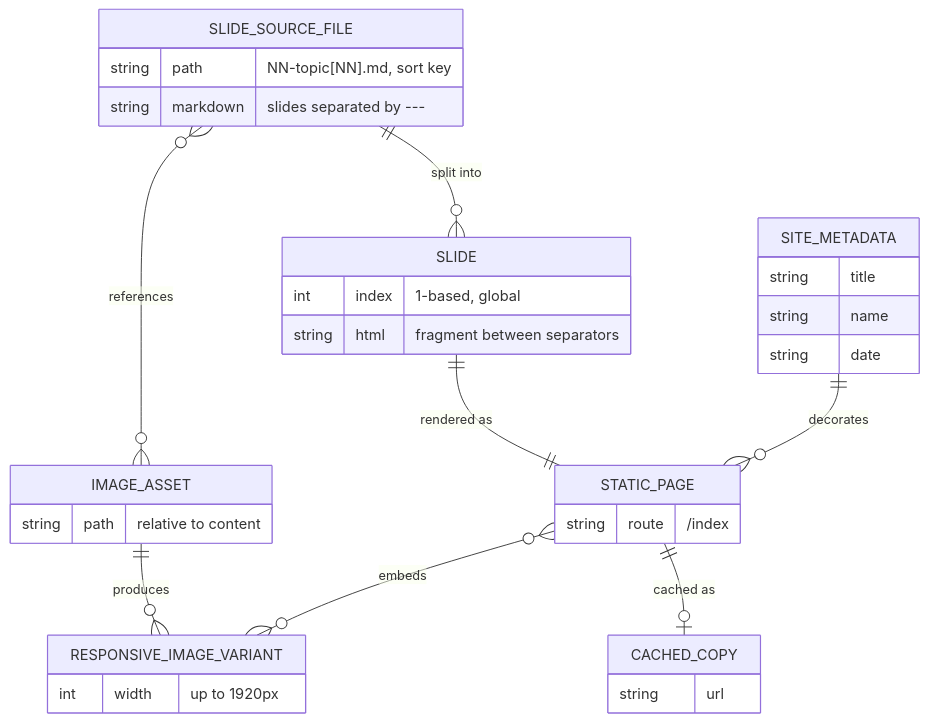
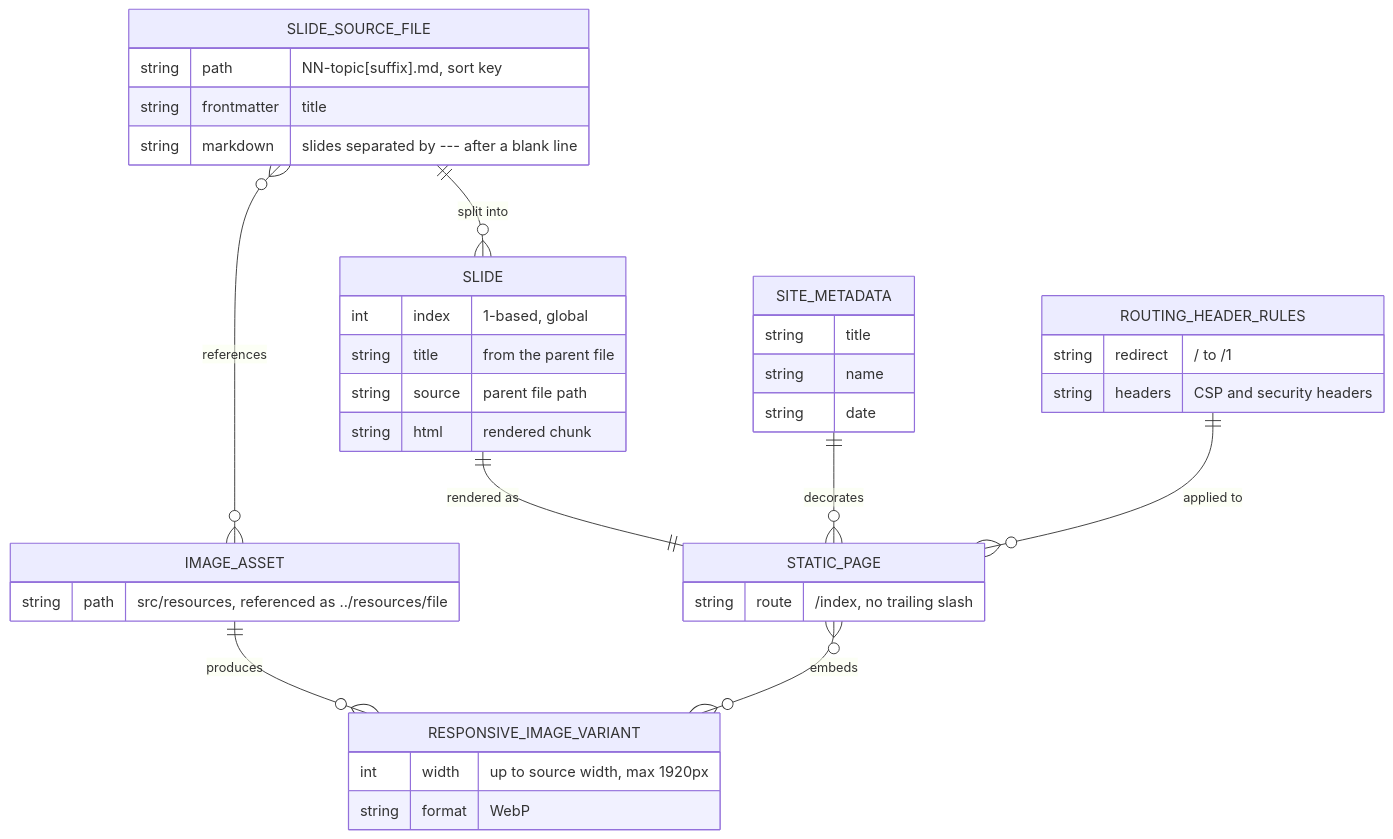
One commit to sshahar1/introduction-to-data-engineering changed the first of 2 diagrams in .specify/architect/views/system/information.md. Above: the diagram before and after it, drawn with Mermaid. The commit also changed other lines of this file and 7 other files, not shown here.

First line of the commit message:
docs: regenerate AD.md for the Astro architecture (T033)

````diff
--- a/.specify/architect/views/system/information.md
+++ b/.specify/architect/views/system/information.md
@@ -31,36 +34,41 @@
 ```mermaid
 erDiagram
     SLIDE_SOURCE_FILE ||--o{ SLIDE : "split into"
     SLIDE_SOURCE_FILE }o--o{ IMAGE_ASSET : "references"
     SLIDE ||--|| STATIC_PAGE : "rendered as"
     IMAGE_ASSET ||--o{ RESPONSIVE_IMAGE_VARIANT : "produces"
     STATIC_PAGE }o--o{ RESPONSIVE_IMAGE_VARIANT : "embeds"
-    STATIC_PAGE ||--o| CACHED_COPY : "cached as"
     SITE_METADATA ||--o{ STATIC_PAGE : "decorates"
+    ROUTING_HEADER_RULES ||--o{ STATIC_PAGE : "applied to"
 
     SLIDE_SOURCE_FILE {
-        string path "NN-topic[NN].md, sort key"
-        string markdown "slides separated by ---"
+        string path "NN-topic[suffix].md, sort key"
+        string frontmatter "title"
+        string markdown "slides separated by --- after a blank line"
     }
     SLIDE {
         int index "1-based, global"
-        string html "fragment between separators"
+        string title "from the parent file"
+        string source "parent file path"
+        string html "rendered chunk"
     }
     STATIC_PAGE {
-        string route "/index"
+        string route "/index, no trailing slash"
     }
     IMAGE_ASSET {
-        string path "relative to content"
+        string path "src/resources, referenced as ../resources/file"
     }
     RESPONSIVE_IMAGE_VARIANT {
-        int width "up to 1920px"
+        int width "up to source width, max 1920px"
+        string format "WebP"
     }
     SITE_METADATA {
         string title
         string name
         string date
     }
-    CACHED_COPY {
-        string url
+    ROUTING_HEADER_RULES {
+        string redirect "/ to /1"
+        string headers "CSP and security headers"
     }
 ```
````
